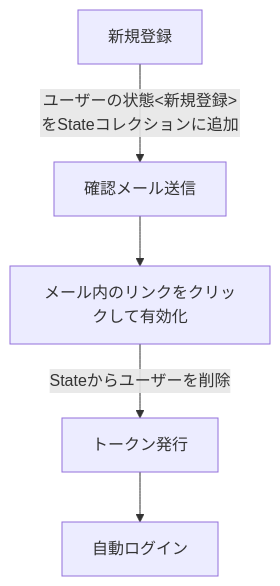
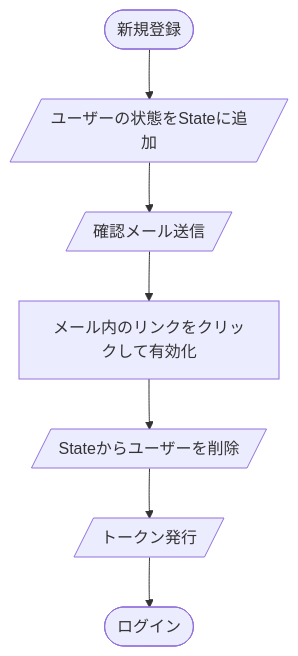
One commit to AkihitoNakano/web-portfolio changed the fifth of 8 diagrams in README.md. Above: the diagram before and after it, drawn with Mermaid. The commit also changed other lines of this file and 2 other files, not shown here.

````diff
--- a/README.md
+++ b/README.md
@@ -525,5 +530,5 @@
 ```mermaid
-flowchart TD
- 新規登録 -->|ユーザーの状態<新規登録>をStateコレクションに追加| 確認メール送信 --> メール内のリンクをクリックして有効化 --> |Stateからユーザーを削除|トークン発行 --> 自動ログイン
+flowchart  TD
+ signup([新規登録]) --> addState[/ユーザーの状態をStateに追加/] --> checkMail[/確認メール送信/] --> メール内のリンクをクリックして有効化 --> delState[/Stateからユーザーを削除/] --> token[/トークン発行/] --> ogin([ログイン])
 
 ```
````
